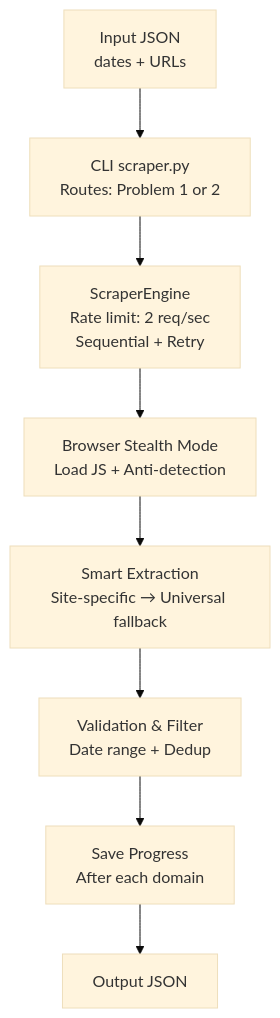
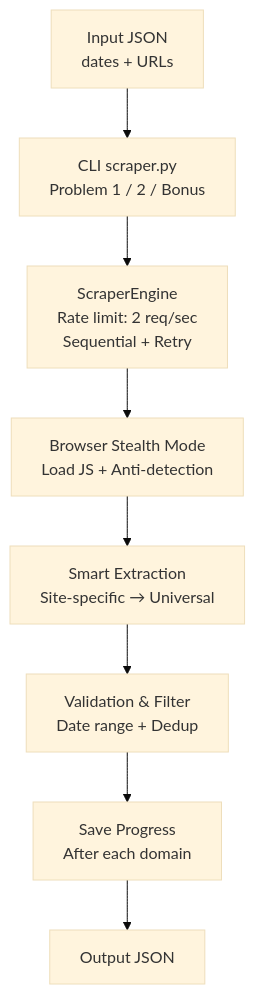
One commit to Alomgir27/gov-meeting-scraper changed the diagram in README.md. Above: the diagram before and after it, drawn with Mermaid (base theme). The commit also changed other lines of this file, not shown here.

Commit message:
feat: Meeting scraper - Problems 1, 2, and Bonus done Auto-detects site patterns, extracts meeting data from 40+ gov sites. Stealth scraping with retries. Clean modular code

````diff
--- a/README.md
+++ b/README.md
@@ -223,10 +227,10 @@
 ```mermaid
 graph TD
-    A[Input JSON<br/>dates + URLs] --> B[CLI scraper.py<br/>Routes: Problem 1 or 2]
+    A[Input JSON<br/>dates + URLs] --> B[CLI scraper.py<br/>Problem 1 / 2 / Bonus]
     B --> C[ScraperEngine<br/>Rate limit: 2 req/sec<br/>Sequential + Retry]
     C --> D[Browser Stealth Mode<br/>Load JS + Anti-detection]
-    D --> E[Smart Extraction<br/>Site-specific → Universal fallback]
+    D --> E[Smart Extraction<br/>Site-specific → Universal]
     E --> F[Validation & Filter<br/>Date range + Dedup]
     F --> G[Save Progress<br/>After each domain]
     G --> H[Output JSON]
 ```
````
